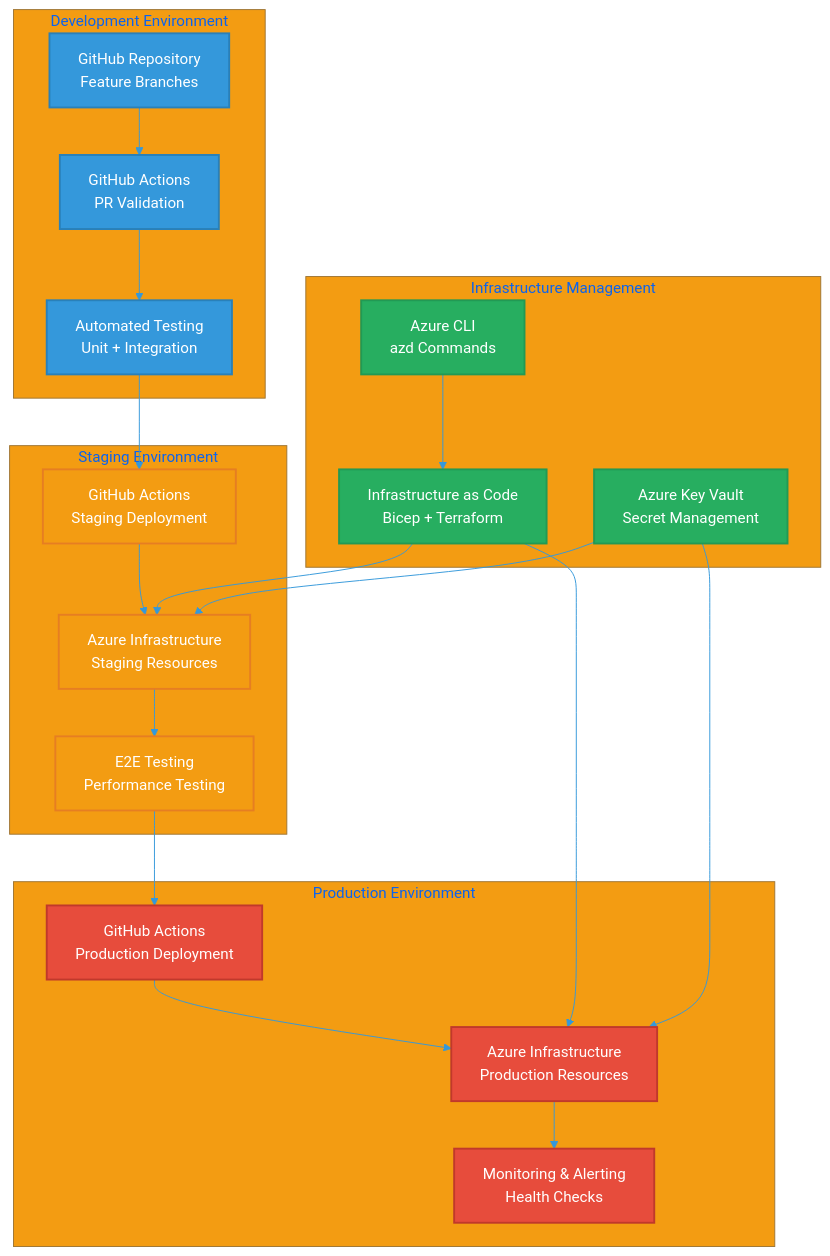
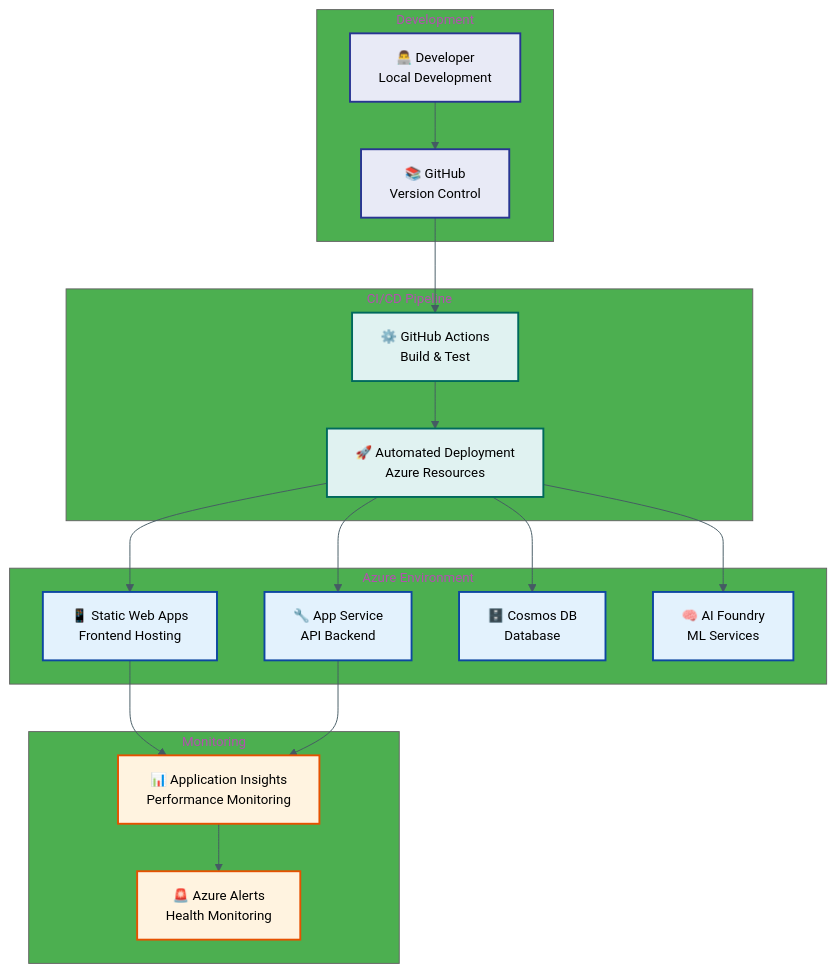
One commit to danielmeppiel/agentic-hike-planner changed the sixth of 6 diagrams in ARCHITECTURE.md. Above: the diagram before and after it, drawn with Mermaid. The commit also changed other lines of this file, not shown here.

Commit message:
Simplify ARCHITECTURE.md with accessibility improvements and syntax fixes

````diff
--- a/ARCHITECTURE.md
+++ b/ARCHITECTURE.md
@@ -863,58 +430,63 @@
 ```mermaid
-%%{init: {'theme':'base', 'themeVariables': { 'primaryColor': '#2c3e50', 'primaryTextColor': '#fff', 'primaryBorderColor': '#34495e', 'lineColor': '#3498db', 'secondaryColor': '#e74c3c', 'tertiaryColor': '#f39c12'}}}%%
+%%{init: {
+    'theme': 'base',
+    'themeVariables': {
+        'primaryColor': '#607d8b',
+        'primaryTextColor': '#000000',
+        'primaryBorderColor': '#263238',
+        'lineColor': '#455a64',
+        'secondaryColor': '#ff5722',
+        'tertiaryColor': '#4caf50',
+        'background': '#ffffff',
+        'mainBkg': '#f8f9fa',
+        'fontFamily': 'system-ui, -apple-system, sans-serif',
+        'fontSize': '14px'
+    }
+}}%%
 graph TB
-    subgraph "Development Environment"
-        DevGH[GitHub Repository<br/>Feature Branches]
-        DevBuild[GitHub Actions<br/>PR Validation]
-        DevTest[Automated Testing<br/>Unit + Integration]
+    subgraph "Development"
+        Dev["👨‍💻 Developer<br/>Local Development"]
+        GitHub["📚 GitHub<br/>Version Control"]
     end
     
-    subgraph "Staging Environment"
-        StagingBuild[GitHub Actions<br/>Staging Deployment]
-        StagingInfra[Azure Infrastructure<br/>Staging Resources]
-        StagingTest[E2E Testing<br/>Performance Testing]
+    subgraph "CI/CD Pipeline"
+        Actions["⚙️ GitHub Actions<br/>Build & Test"]
+        Deploy["🚀 Automated Deployment<br/>Azure Resources"]
     end
     
-    subgraph "Production Environment"
-        ProdBuild[GitHub Actions<br/>Production Deployment]
-        ProdInfra[Azure Infrastructure<br/>Production Resources]
-        ProdMonitor[Monitoring & Alerting<br/>Health Checks]
+    subgraph "Azure Environment"
+        SWA["📱 Static Web Apps<br/>Frontend Hosting"]
+        AppService["🔧 App Service<br/>API Backend"]
+        Cosmos["🗄️ Cosmos DB<br/>Database"]
+        AI["🧠 AI Foundry<br/>ML Services"]
     end
     
-    subgraph "Infrastructure Management"
-        IaC[Infrastructure as Code<br/>Bicep + Terraform]
-        AzCLI[Azure CLI<br/>azd Commands]
-        Secrets[Azure Key Vault<br/>Secret Management]
+    subgraph "Monitoring"
+        Insights["📊 Application Insights<br/>Performance Monitoring"]
+        Alerts["🚨 Azure Alerts<br/>Health Monitoring"]
     end
     
-    %% Development flow
-    DevGH --> DevBuild
-    DevBuild --> DevTest
-    DevTest --> StagingBuild
+    %% Flow
+    Dev --> GitHub
+    GitHub --> Actions
+    Actions --> Deploy
+    Deploy --> SWA
+    Deploy --> AppService
+    Deploy --> Cosmos
+    Deploy --> AI
     
-    %% Staging flow
-    StagingBuild --> StagingInfra
-    StagingInfra --> StagingTest
-    StagingTest --> ProdBuild
+    SWA --> Insights
+    AppService --> Insights
+    Insights --> Alerts
     
-    %% Production flow
-    ProdBuild --> ProdInfra
-    ProdInfra --> ProdMonitor
+    %% Accessible styling
+    classDef devLayer fill:#e8eaf6,stroke:#283593,stroke-width:2px,color:#000000
+    classDef cicdLayer fill:#e0f2f1,stroke:#00695c,stroke-width:2px,color:#000000
+    classDef azureLayer fill:#e3f2fd,stroke:#0d47a1,stroke-width:2px,color:#000000
+    classDef monitorLayer fill:#fff3e0,stroke:#e65100,stroke-width:2px,color:#000000
     
-    %% Infrastructure management
-    IaC --> StagingInfra
-    IaC --> ProdInfra
-    AzCLI --> IaC
-    Secrets --> StagingInfra
-    Secrets --> ProdInfra
-    
-    classDef dev fill:#3498db,stroke:#2980b9,stroke-width:2px,color:#fff
-    classDef staging fill:#f39c12,stroke:#e67e22,stroke-width:2px,color:#fff
-    classDef prod fill:#e74c3c,stroke:#c0392b,stroke-width:2px,color:#fff
-    classDef infra fill:#27ae60,stroke:#229954,stroke-width:2px,color:#fff
-    
-    class DevGH,DevBuild,DevTest dev
-    class StagingBuild,StagingInfra,StagingTest staging
-    class ProdBuild,ProdInfra,ProdMonitor prod
-    class IaC,AzCLI,Secrets infra
+    class Dev,GitHub devLayer
+    class Actions,Deploy cicdLayer
+    class SWA,AppService,Cosmos,AI azureLayer
+    class Insights,Alerts monitorLayer
 ```
````
